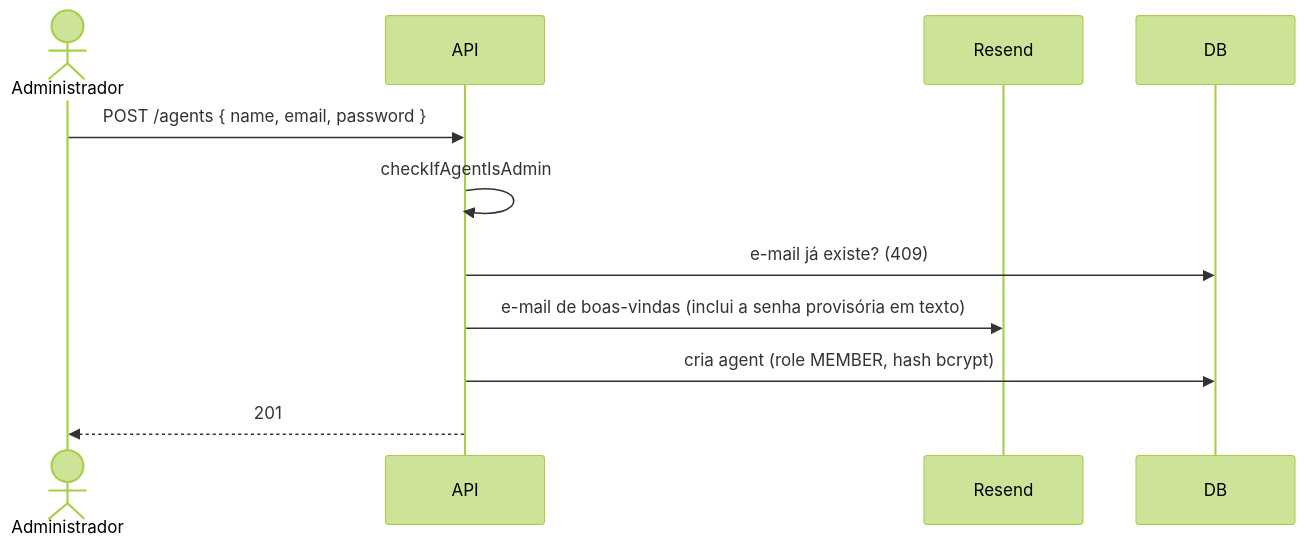
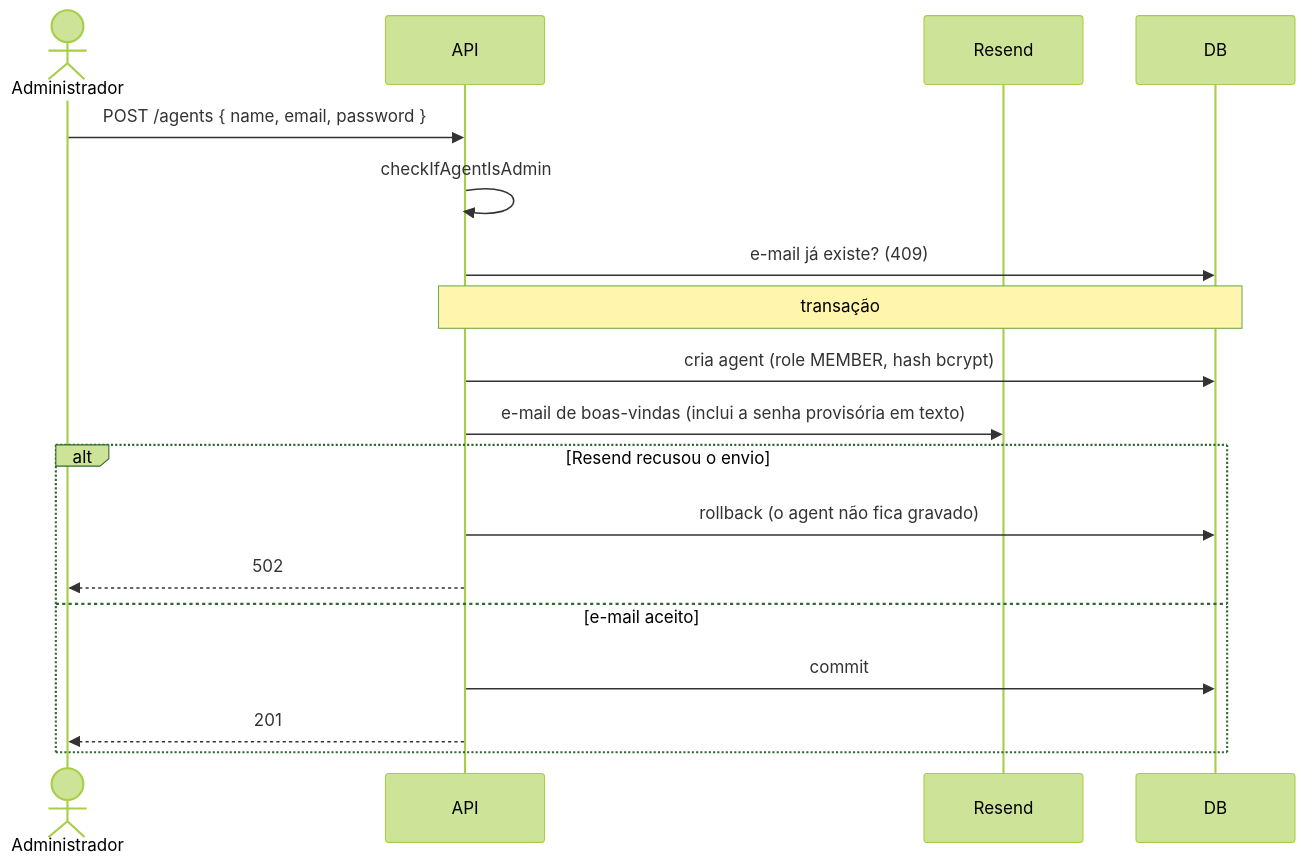
Before and after one commit to devoabma/api-lexhub: the third of 4 diagrams in docs/fluxos-de-negocio.md, drawn with Mermaid (forest theme). The commit also changed other lines of this file and 18 other files, not shown here.

First line of the commit message:
feat: trata falhas de envio de e-mail do Resend

````diff
--- a/docs/fluxos-de-negocio.md
+++ b/docs/fluxos-de-negocio.md
@@ -88,13 +88,20 @@
 ```mermaid
 sequenceDiagram
   actor A as Administrador
   participant API
   participant R as Resend
   participant DB
   A->>API: POST /agents { name, email, password }
   API->>API: checkIfAgentIsAdmin
   API->>DB: e-mail já existe? (409)
+  Note over API,DB: transação
+  API->>DB: cria agent (role MEMBER, hash bcrypt)
   API->>R: e-mail de boas-vindas (inclui a senha provisória em texto)
-  API->>DB: cria agent (role MEMBER, hash bcrypt)
-  API-->>A: 201
+  alt Resend recusou o envio
+    API->>DB: rollback (o agent não fica gravado)
+    API-->>A: 502
+  else e-mail aceito
+    API->>DB: commit
+    API-->>A: 201
+  end
 ```
````
